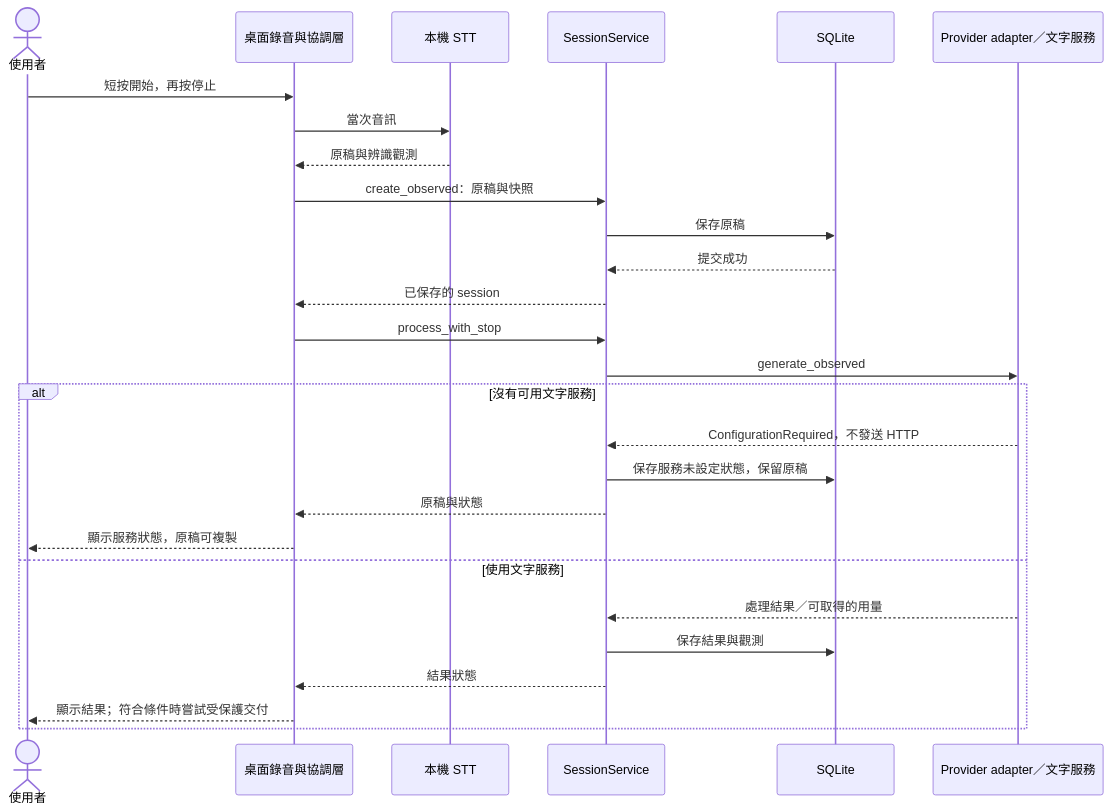
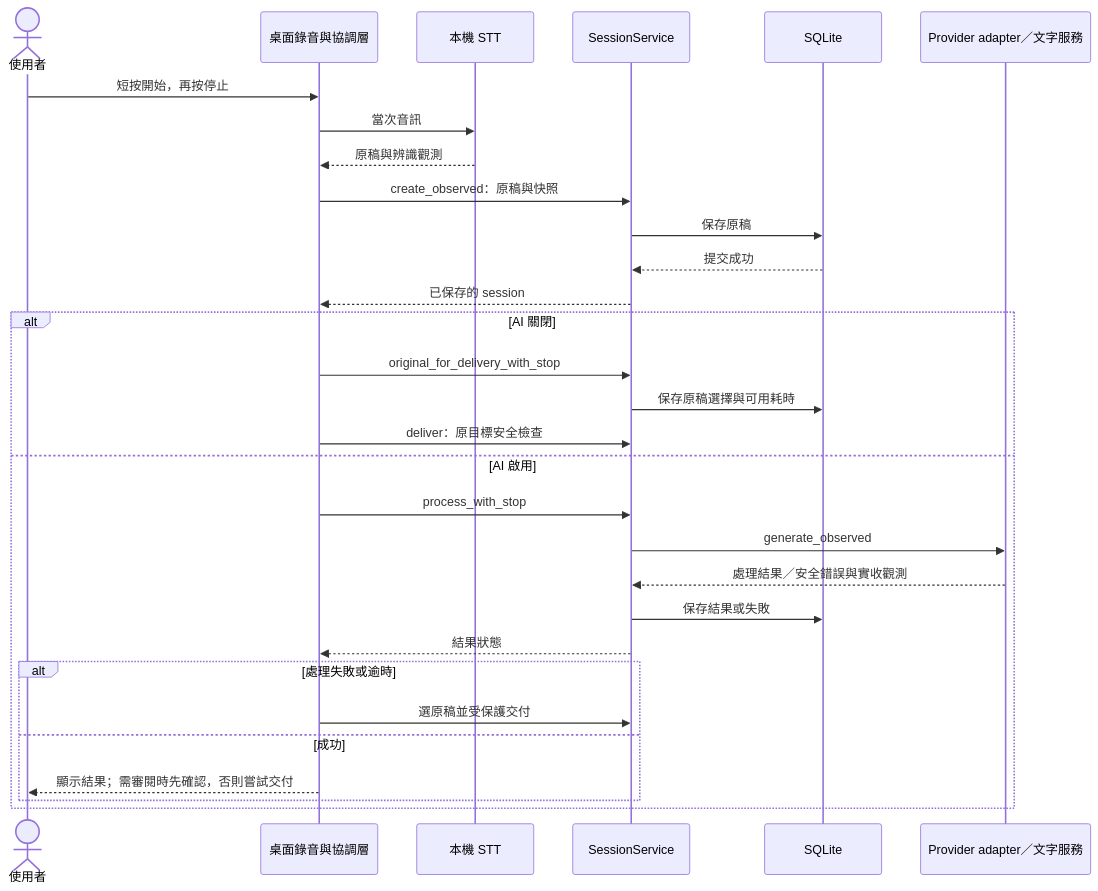
The third of 5 diagrams in development.md (swchen44/notype), drawn with Mermaid before and after one commit. The commit also changed other lines of this file and 1 other file, not shown here.

Commit message:
docs: align session sequence and usability test entry points

````diff
--- a/development.md
+++ b/development.md
@@ -136,29 +136,32 @@
 ```mermaid
 sequenceDiagram
     actor User as 使用者
     participant Desktop as 桌面錄音與協調層
     participant STT as 本機 STT
     participant Core as SessionService
     participant DB as SQLite
     participant API as Provider adapter／文字服務
     User->>Desktop: 短按開始，再按停止
     Desktop->>STT: 當次音訊
     STT-->>Desktop: 原稿與辨識觀測
     Desktop->>Core: create_observed：原稿與快照
     Core->>DB: 保存原稿
     DB-->>Core: 提交成功
     Core-->>Desktop: 已保存的 session
-    Desktop->>Core: process_with_stop
-    Core->>API: generate_observed
-    alt 沒有可用文字服務
-        API-->>Core: ConfigurationRequired，不發送 HTTP
-        Core->>DB: 保存服務未設定狀態，保留原稿
-        Core-->>Desktop: 原稿與狀態
-        Desktop-->>User: 顯示服務狀態，原稿可複製
-    else 使用文字服務
-        API-->>Core: 處理結果／可取得的用量
-        Core->>DB: 保存結果與觀測
+    alt AI 關閉
+        Desktop->>Core: original_for_delivery_with_stop
+        Core->>DB: 保存原稿選擇與可用耗時
+        Desktop->>Core: deliver：原目標安全檢查
+    else AI 啟用
+        Desktop->>Core: process_with_stop
+        Core->>API: generate_observed
+        API-->>Core: 處理結果／安全錯誤與實收觀測
+        Core->>DB: 保存結果或失敗
         Core-->>Desktop: 結果狀態
-        Desktop-->>User: 顯示結果；符合條件時嘗試受保護交付
+        alt 處理失敗或逾時
+            Desktop->>Core: 選原稿並受保護交付
+        else 成功
+            Desktop-->>User: 顯示結果；需審閱時先確認，否則嘗試交付
+        end
     end
 ```
````
